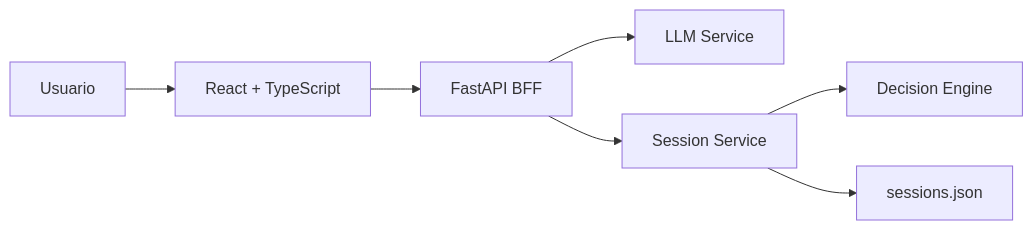
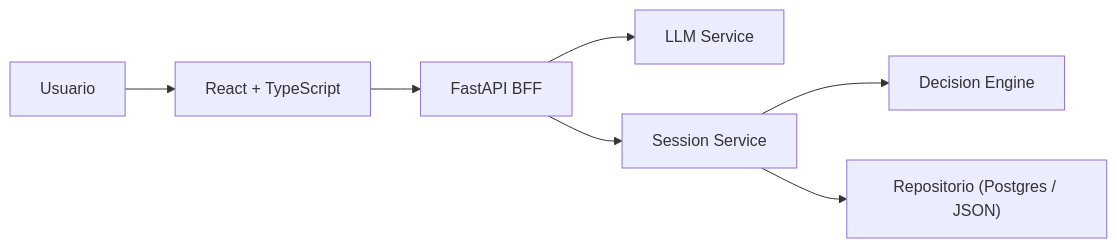
Before and after one commit to MatiasHernandezC/CoordAgent: the first of 2 diagrams in coordinador-simple-mvp/docs/ARQUITECTURA_SIMPLE.md, drawn with Mermaid. The commit also changed other lines of this file and 2 other files, not shown here.

````diff
--- a/coordinador-simple-mvp/docs/ARQUITECTURA_SIMPLE.md
+++ b/coordinador-simple-mvp/docs/ARQUITECTURA_SIMPLE.md
@@ -5,9 +5,9 @@
 ```mermaid
 flowchart LR
   U["Usuario"] --> F["React + TypeScript"]
   F --> API["FastAPI BFF"]
   API --> LLM["LLM Service"]
   API --> SVC["Session Service"]
   SVC --> ENG["Decision Engine"]
-  SVC --> JSON["sessions.json"]
+  SVC --> R["Repositorio (Postgres / JSON)"]
 ```
````
